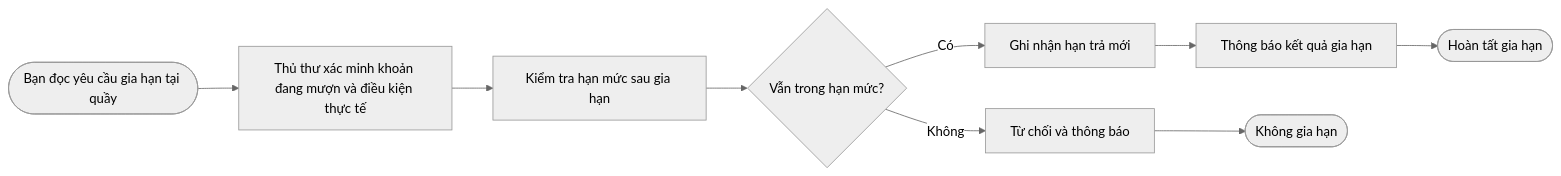
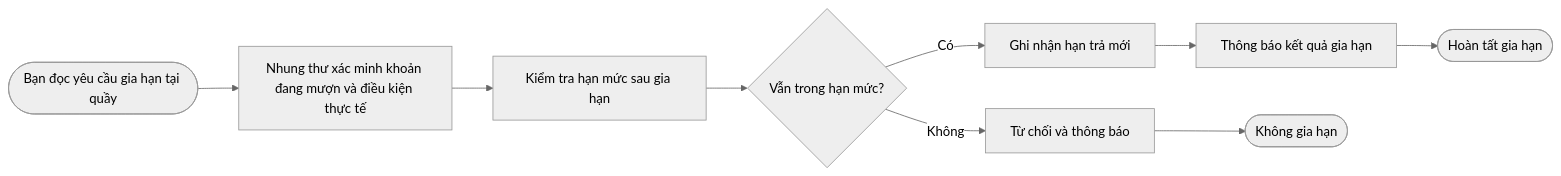
Before and after one commit to Jin01524/LTMMT-ThuVienDAU: the seventh of 9 diagrams in tai_lieu/Workflow.md, drawn with Mermaid (neutral theme). The commit also changed other lines of this file and 323 other files, not shown here.

````diff
--- a/tai_lieu/Workflow.md
+++ b/tai_lieu/Workflow.md
@@ -177,11 +177,11 @@
 ```mermaid
 flowchart LR
-    start(["Bạn đọc yêu cầu gia hạn tại quầy"]) --> check["Thủ thư xác minh khoản đang mượn và điều kiện thực tế"]
+    start(["Bạn đọc yêu cầu gia hạn tại quầy"]) --> check["Nhung thư xác minh khoản đang mượn và điều kiện thực tế"]
     check --> quota["Kiểm tra hạn mức sau gia hạn"]
     quota --> within{"Vẫn trong hạn mức?"}
     within -->|"Không"| reject["Từ chối và thông báo"]
     within -->|"Có"| update["Ghi nhận hạn trả mới"]
     update --> notify["Thông báo kết quả gia hạn"]
     notify --> finish(["Hoàn tất gia hạn"])
     reject --> denied(["Không gia hạn"])
 ```
````
